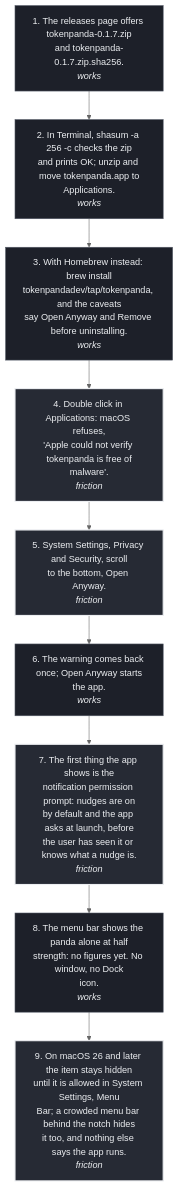
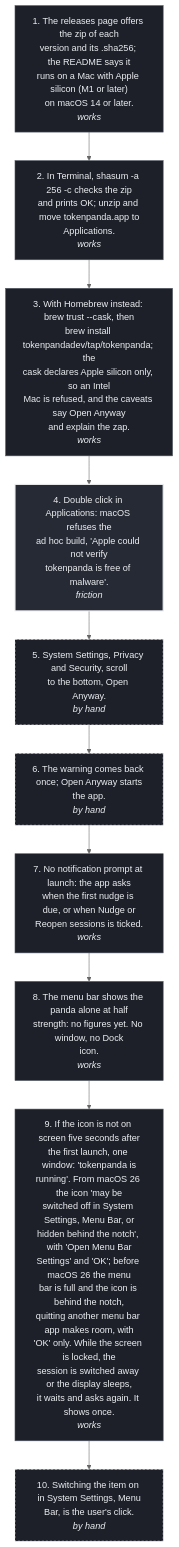
One commit to tokenpandadev/tokenpanda-app changed the diagram in design/wireframes/flows/01-download-and-first-open.mmd. Above: the diagram before and after it, drawn with Mermaid (neutral theme). The commit also changed 35 other files, not shown here.

```diff
--- a/design/wireframes/flows/01-download-and-first-open.mmd
+++ b/design/wireframes/flows/01-download-and-first-open.mmd
@@ -1,21 +1,24 @@
 flowchart TD
   classDef works fill:#1d2029,stroke:#555b68,color:#eceef1;
   classDef friction fill:#262a34,stroke:#eceef1,stroke-width:2px,color:#eceef1;
   classDef broken fill:#1d2029,stroke:#d77757,stroke-width:2px,color:#d77757;
-  S1["1. The releases page offers tokenpanda-0.1.7.zip<br/>and tokenpanda-0.1.7.zip.sha256.<br/><i>works</i>"]:::works
+  classDef byhand fill:#1d2029,stroke:#eceef1,stroke-width:1px,stroke-dasharray:4 3,color:#eceef1;
+  S1["1. The releases page offers the zip of each<br/>version and its .sha256; the README says it<br/>runs on a Mac with Apple silicon (M1 or later)<br/>on macOS 14 or later.<br/><i>works</i>"]:::works
   S2["2. In Terminal, shasum -a 256 -c checks the zip<br/>and prints OK; unzip and move tokenpanda.app to<br/>Applications.<br/><i>works</i>"]:::works
-  S3["3. With Homebrew instead: brew install<br/>tokenpandadev/tap/tokenpanda, and the caveats<br/>say Open Anyway and Remove before uninstalling.<br/><i>works</i>"]:::works
-  S4["4. Double click in Applications: macOS refuses,<br/>'Apple could not verify tokenpanda is free of<br/>malware'.<br/><i>friction</i>"]:::friction
-  S5["5. System Settings, Privacy and Security, scroll<br/>to the bottom, Open Anyway.<br/><i>friction</i>"]:::friction
-  S6["6. The warning comes back once; Open Anyway starts<br/>the app.<br/><i>works</i>"]:::works
-  S7["7. The first thing the app shows is the<br/>notification permission prompt: nudges are on<br/>by default and the app asks at launch, before<br/>the user has seen it or knows what a nudge is.<br/><i>friction</i>"]:::friction
+  S3["3. With Homebrew instead: brew trust --cask, then<br/>brew install tokenpandadev/tap/tokenpanda; the<br/>cask declares Apple silicon only, so an Intel<br/>Mac is refused, and the caveats say Open Anyway<br/>and explain the zap.<br/><i>works</i>"]:::works
+  S4["4. Double click in Applications: macOS refuses the<br/>ad hoc build, 'Apple could not verify<br/>tokenpanda is free of malware'.<br/><i>friction</i>"]:::friction
+  S5["5. System Settings, Privacy and Security, scroll<br/>to the bottom, Open Anyway.<br/><i>by hand</i>"]:::byhand
+  S6["6. The warning comes back once; Open Anyway starts<br/>the app.<br/><i>by hand</i>"]:::byhand
+  S7["7. No notification prompt at launch: the app asks<br/>when the first nudge is due, or when Nudge or<br/>Reopen sessions is ticked.<br/><i>works</i>"]:::works
   S8["8. The menu bar shows the panda alone at half<br/>strength: no figures yet. No window, no Dock<br/>icon.<br/><i>works</i>"]:::works
-  S9["9. On macOS 26 and later the item stays hidden<br/>until it is allowed in System Settings, Menu<br/>Bar; a crowded menu bar behind the notch hides<br/>it too, and nothing else says the app runs.<br/><i>friction</i>"]:::friction
+  S9["9. If the icon is not on screen five seconds after<br/>the first launch, one window: 'tokenpanda is<br/>running'. From macOS 26 the icon 'may be<br/>switched off in System Settings, Menu Bar, or<br/>hidden behind the notch', with 'Open Menu Bar<br/>Settings' and 'OK'; before macOS 26 the menu<br/>bar is full and the icon is behind the notch,<br/>quitting another menu bar app makes room, with<br/>'OK' only. While the screen is locked, the<br/>session is switched away or the display sleeps,<br/>it waits and asks again. It shows once.<br/><i>works</i>"]:::works
+  S10["10. Switching the item on in System Settings, Menu<br/>Bar, is the user's click.<br/><i>by hand</i>"]:::byhand
   S1 --> S2
   S2 --> S3
   S3 --> S4
   S4 --> S5
   S5 --> S6
   S6 --> S7
   S7 --> S8
   S8 --> S9
+  S9 --> S10
```
